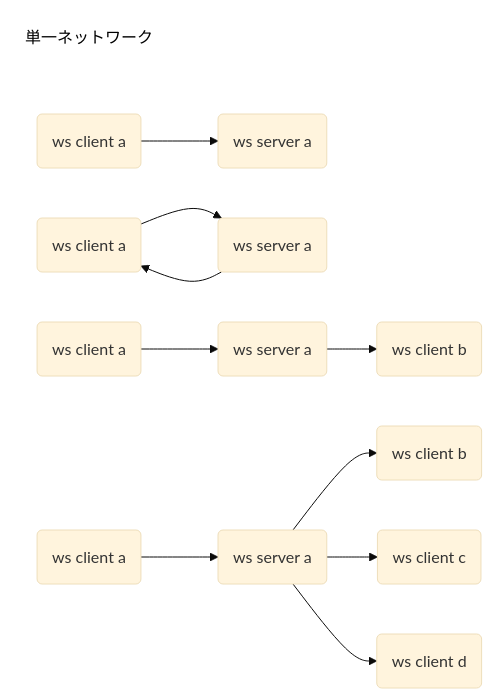
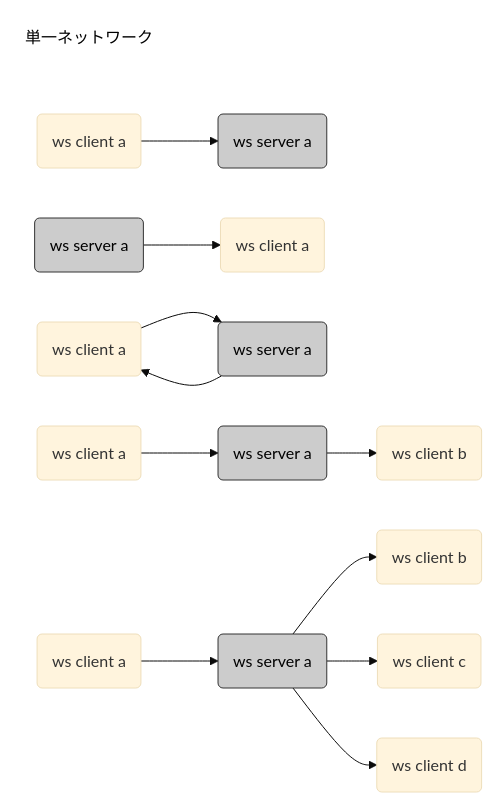
Before and after one commit to toshirot/w2w: the diagram in README.md, drawn with Mermaid (base theme).

````diff
--- a/README.md
+++ b/README.md
@@ -10,39 +10,40 @@
 ```mermaid
 flowchart LR
 
 
-    text1(単一ネットワーク) 
+text1(単一ネットワーク):::class_text
 
     %%type1
         type1c(ws client a) 
-        type1s(ws server a)
+        type1s(ws server a):::class_server
             type1c --> type1s
     %%type2
         type2c(ws client a) 
-        type2s(ws server a) 
-            type2c --> type2s  --> type2c
+        type2s(ws server a):::class_server
+           type2s --> type2c 
     %%type3
-        type3c1(ws client a) 
-        type3s1(ws server a) 
-        type3c2(ws client b) 
-            type3c1 --> type3s1  --> type3c2
+        type3c(ws client a) 
+        type3s(ws server a):::class_server
+            type3c --> type3s  --> type3c
+    %%type4
+        type4c1(ws client a) 
+        type4s1(ws server a):::class_server 
+        type4c2(ws client b) 
+            type4c1 --> type4s1  --> type4c2
             
        
-    %%type4
-        type4c1(ws client a) 
-        type4s1(ws server a) 
-        type4c2(ws client b) 
-        type4c3(ws client c) 
-        type4c4(ws client d) 
-            type4c1 --> type4s1  --> type4c2
-                        type4s1  --> type4c3
-                        type4s1  --> type4c4
+    %%type5
+        type5c1(ws client a) 
+        type5s1(ws server a):::class_server 
+        type5c2(ws client b) 
+        type5c3(ws client c) 
+        type5c4(ws client d) 
+            type5c1 --> type5s1  --> type5c2
+                        type5s1  --> type5c3
+                        type5s1  --> type5c4
 
  
+classDef class_server fill:#ccc,color:#000,stroke:#333
+classDef class_text fill:#fff,color:#000,stroke:#fff
 
- style text1 fill:#fff,color:#000,stroke:#fff
- %%  style text2 fill:#ccc,color:#000,stroke:#333
- %%   style db1 fill:#8080ff,color:#fff,stroke:#333
- %%   style db2 fill:#ff6fff,color:#fff,stroke:#333
- %%  style sendSMS fill:#fdbde2,color:#000,stroke:#333
 ```
````
